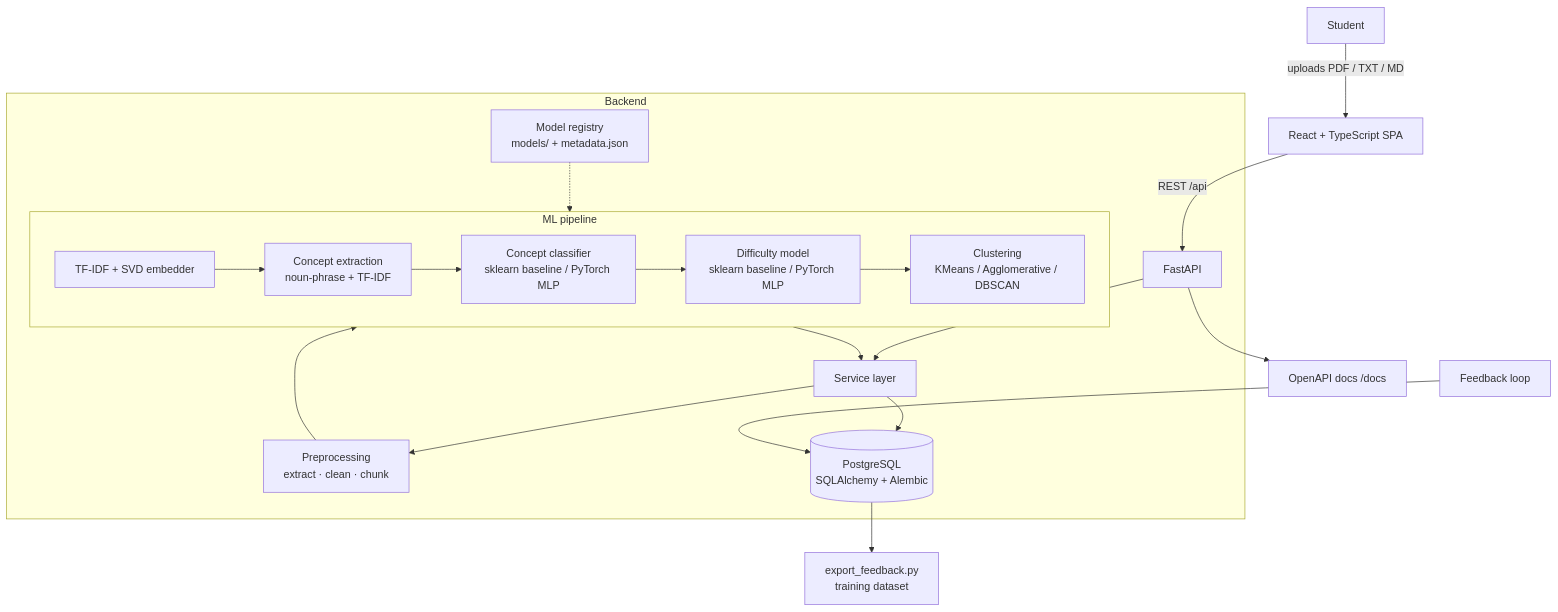
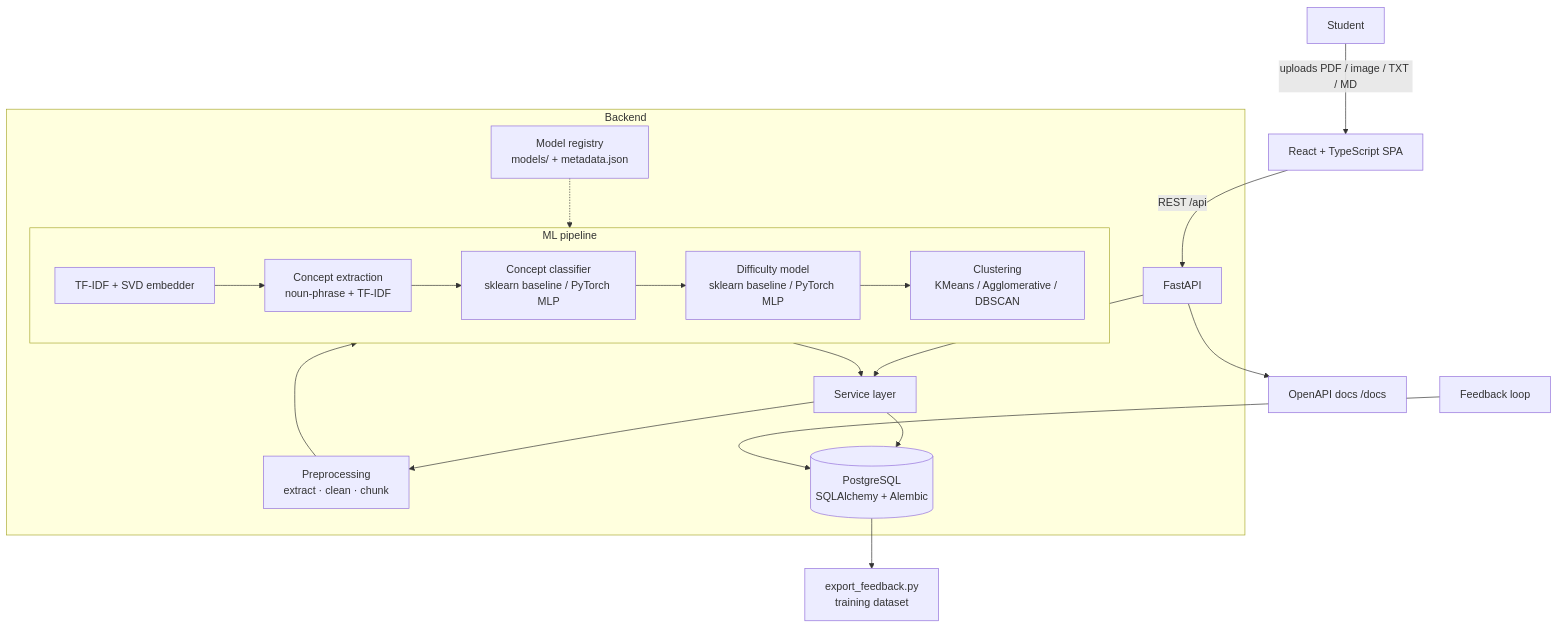
One commit to maiaPaperTowns/lecturelens changed the first of 2 diagrams in README.md. Above: the diagram before and after it, drawn with Mermaid. The commit also changed other lines of this file and 7 other files, not shown here.

````diff
--- a/README.md
+++ b/README.md
@@ -53,28 +53,28 @@
 ```mermaid
 flowchart TD
-    U[Student] -->|uploads PDF / TXT / MD| FE[React + TypeScript SPA]
+    U[Student] -->|uploads PDF / image / TXT / MD| FE[React + TypeScript SPA]
     FE -->|REST /api| API[FastAPI]
 
     subgraph Backend
         API --> SVC[Service layer]
         SVC --> PRE[Preprocessing<br/>extract · clean · chunk]
         PRE --> ML
 
         subgraph ML[ML pipeline]
             EMB[TF-IDF + SVD embedder]
             CE[Concept extraction<br/>noun-phrase + TF-IDF]
             CC[Concept classifier<br/>sklearn baseline / PyTorch MLP]
             DF[Difficulty model<br/>sklearn baseline / PyTorch MLP]
             CL[Clustering<br/>KMeans / Agglomerative / DBSCAN]
             EMB --> CE --> CC --> DF --> CL
         end
 
         ML --> SVC
         SVC --> DB[(PostgreSQL<br/>SQLAlchemy + Alembic)]
         REG[Model registry<br/>models/ + metadata.json] -.-> ML
     end
 
     API --> DOCS[OpenAPI docs /docs]
     FB[Feedback loop] --> DB
     DB --> EXP[export_feedback.py<br/>training dataset]
 ```
````
